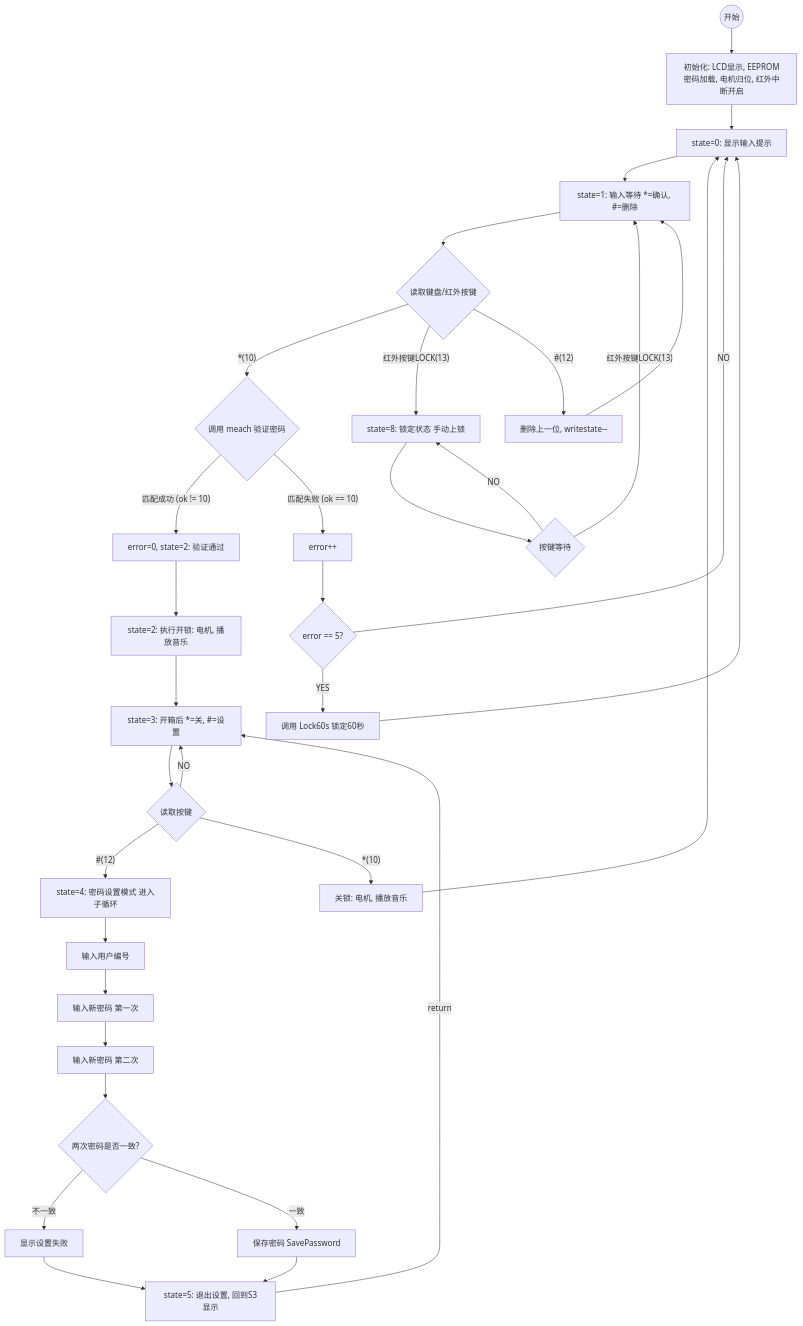
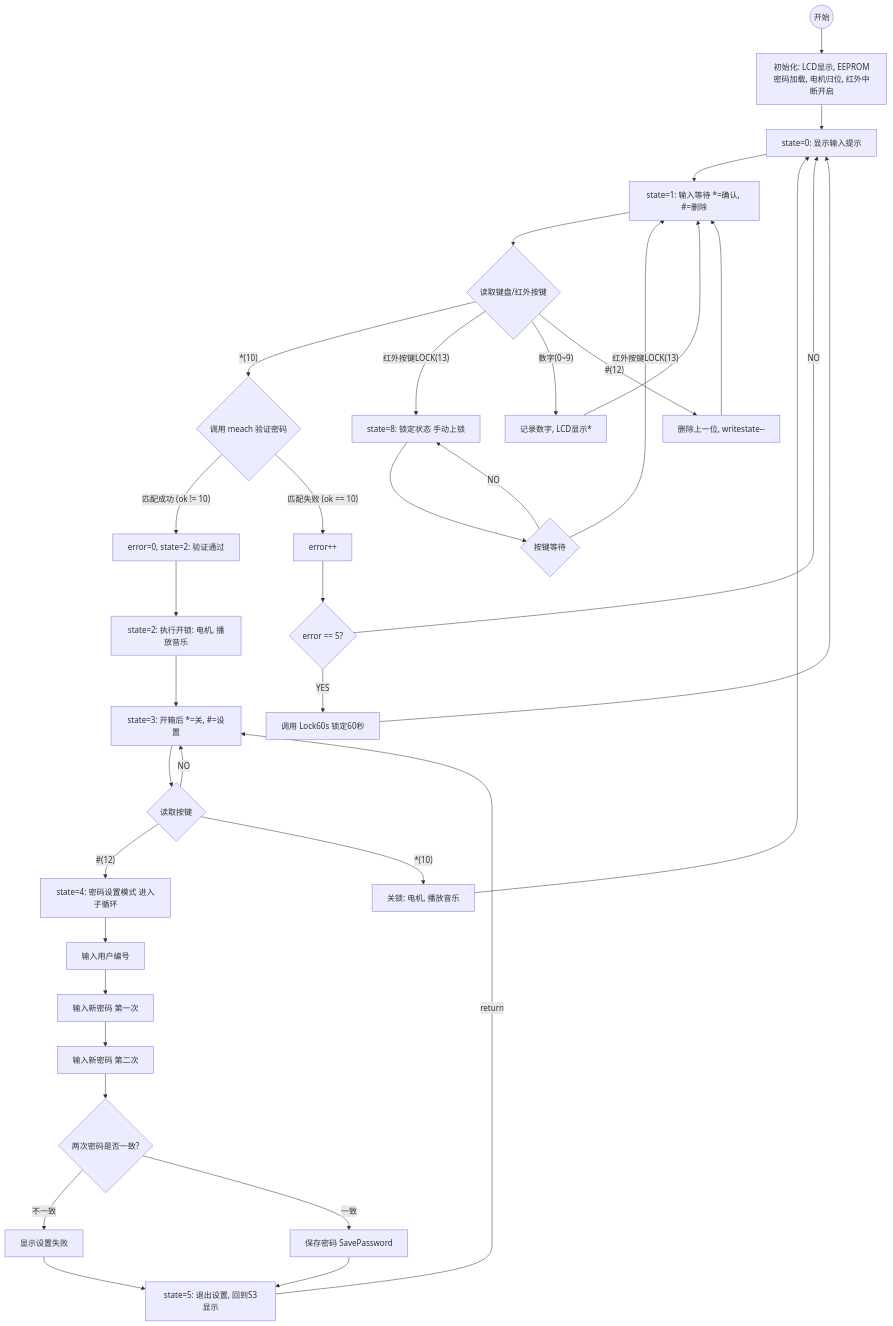
The diagram in all/未命名-2.md (ksxyh-22/iodraw-files), drawn with Mermaid before and after one commit.

Commit message:
2025-10-11 11:23:48 update

````diff
--- a/all/未命名-2.md
+++ b/all/未命名-2.md
@@ -1,72 +1,76 @@
 ```mermaid
 graph TD
     %% 状态机主流程
     START((开始)) --> INIT[初始化: LCD显示, EEPROM密码加载, 电机归位, 红外中断开启];
     INIT --> S0[state=0: 显示输入提示];
 
     %% 状态 1: 密码输入与验证 (主流程)
     S0 --> S1[state=1: 输入等待 *=确认, #=删除];
     
     S1 --> INPUT{读取键盘/红外按键};
     
     %% 验证分支
     INPUT -- *(10) --> VERIFY{调用 meach 验证密码};
 
 
     
 
     %% 手动锁定 (分支到右侧)
     INPUT -- 红外按键LOCK(13) --> S8;
+
+    %% 处理输入分支
+    INPUT -- 数字(0~9) --> DIGIT[记录数字, LCD显示*];
+    DIGIT --> S1;
 
     INPUT -- #(12) --> DELETE[删除上一位, writestate--];
     DELETE --> S1;
 
     
     VERIFY -- 匹配成功 (ok != 10) --> S2_SUCCESS[error=0, state=2: 验证通过];
     
     %% 失败和错误处理 (分支到右侧)
     VERIFY -- 匹配失败 (ok == 10) --> ERROR_COUNT[error++];
     
     ERROR_COUNT --> CHECK_ERRORS{error == 5?};
     
     CHECK_ERRORS -- NO --> S0;
 
     CHECK_ERRORS -- YES --> LOCK_60s[调用 Lock60s 锁定60秒];
     LOCK_60s --> S0;
 
     %% 状态 2, 3, 5: 开锁后的操作 (主流程)
     S2_SUCCESS --> S2_OPEN[state=2: 执行开锁: 电机, 播放音乐];
     S2_OPEN --> S3[state=3: 开箱后 *=关, #=设置];
 
     S3 --> POST_KEY{读取按键};
     
     POST_KEY -- NO --> S3;
     
     POST_KEY -- #(12) --> S4[state=4: 密码设置模式 进入子循环];
 
     POST_KEY -- *(10) --> S3_CLOSE[关锁: 电机, 播放音乐];
     S3_CLOSE --> S0;
     
     
 
     %% 状态 4: 密码设置 (子流程)
     S4 --> S4_USER[输入用户编号];
     S4_USER --> S4_PASS1[输入新密码 第一次];
     S4_PASS1 --> S4_PASS2[输入新密码 第二次];
 
     S4_PASS2 --> S4_CHECK{两次密码是否一致?};
     
     S4_CHECK -- 不一致 --> S4_FAIL[显示设置失败];
     S4_FAIL --> S5[state=5: 退出设置, 回到S3显示];
 
     S4_CHECK -- 一致 --> S4_SAVE[保存密码 SavePassword];
     S4_SAVE --> S5;
     
     S5 -- return --> S3; 
     
     %% 状态 8: 锁定状态 (独立循环)
     S8[state=8: 锁定状态 手动上锁] --> S8_WAIT{按键等待};
     
     S8_WAIT -- NO --> S8;
     S8_WAIT -- 红外按键LOCK(13) --> S1;
 ```
````
